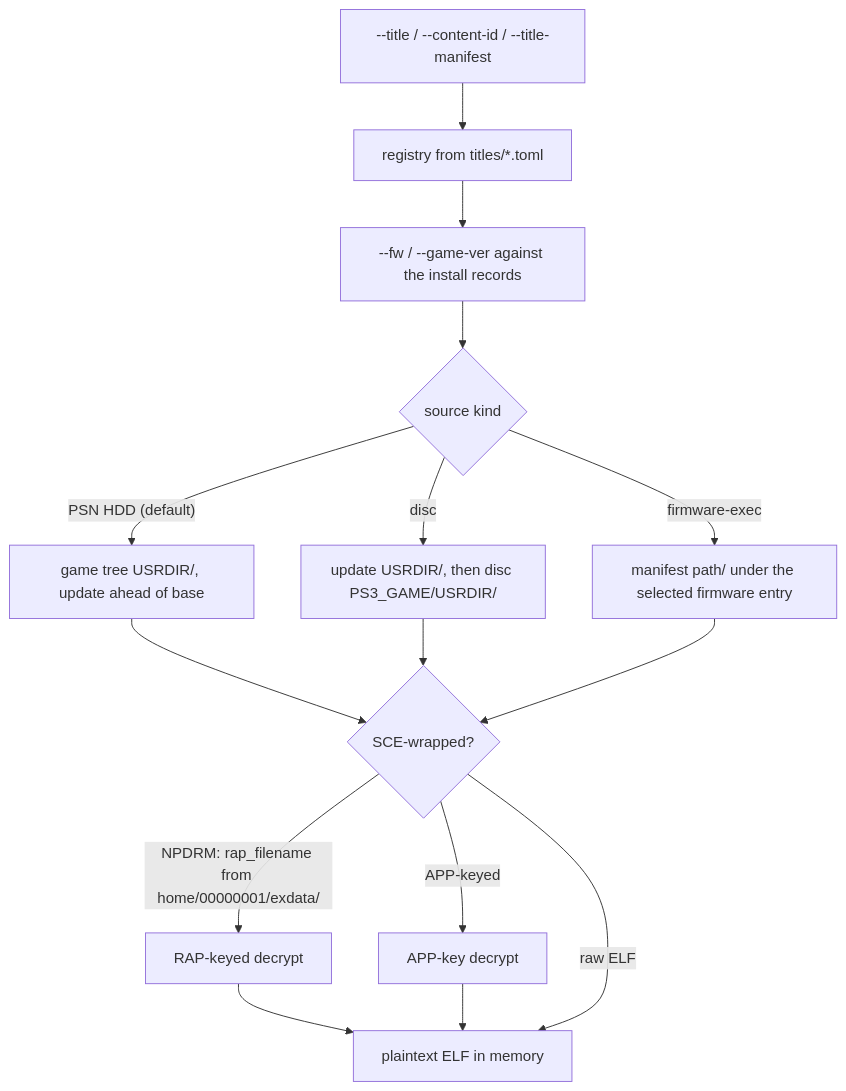
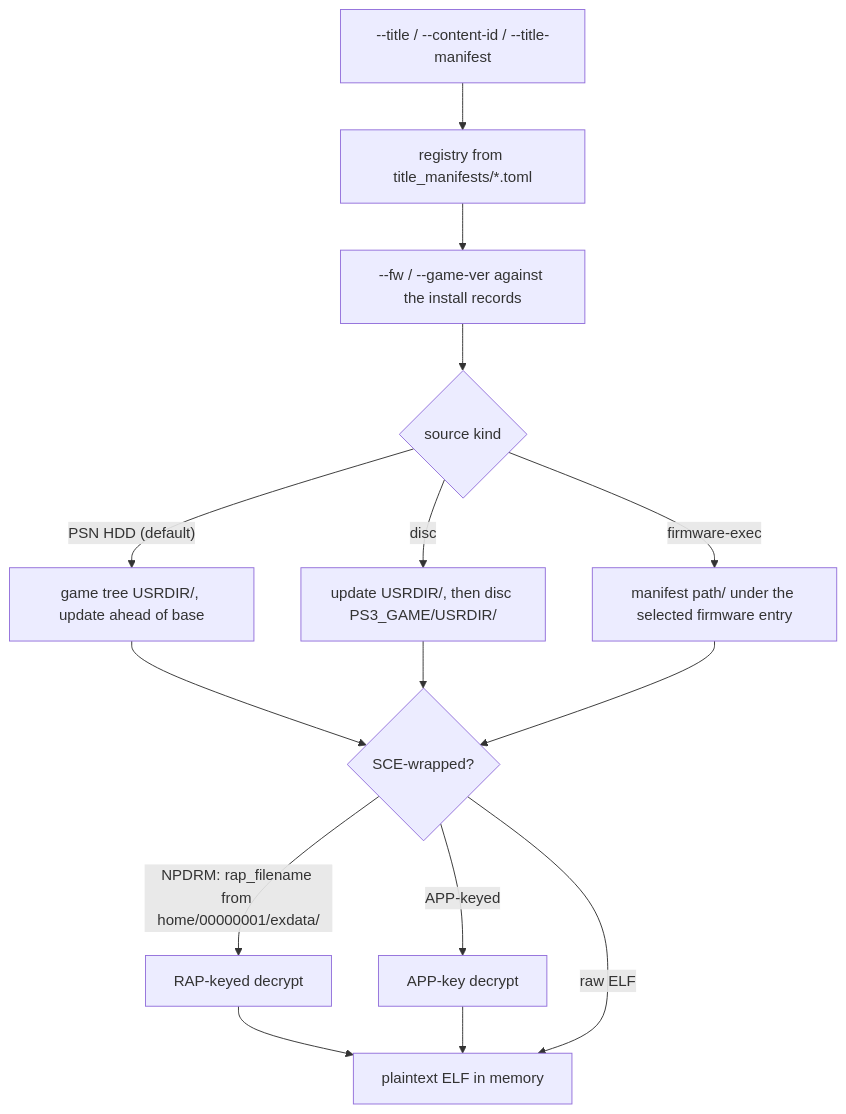
One commit to RoyalAce22/CellGov changed the second of 2 diagrams in docs/architecture/title_harness.md. Above: the diagram before and after it, drawn with Mermaid. The commit also changed other lines of this file and 35 other files, not shown here.

Commit message:
refactor(cli): name the manifest registry title_manifests, apart from the store's titles

````diff
--- a/docs/architecture/title_harness.md
+++ b/docs/architecture/title_harness.md
@@ -264,15 +264,15 @@
 ```mermaid
 flowchart TD
-  sel["--title / --content-id / --title-manifest"] --> reg["registry from titles/*.toml"]
+  sel["--title / --content-id / --title-manifest"] --> reg["registry from title_manifests/*.toml"]
   reg --> ver["--fw / --game-ver against the install records"]
   ver --> kind{"source kind"}
   kind -->|"PSN HDD (default)"| hdd["game tree USRDIR/, update ahead of base"]
   kind -->|disc| bd["update USRDIR/, then disc PS3_GAME/USRDIR/"]
   kind -->|firmware-exec| vsh["manifest path/ under the selected firmware entry"]
   hdd --> sce{"SCE-wrapped?"}
   bd --> sce
   vsh --> sce
   sce -->|"NPDRM: rap_filename from home/00000001/exdata/"| rap["RAP-keyed decrypt"] --> elf
   sce -->|APP-keyed| app["APP-key decrypt"] --> elf["plaintext ELF in memory"]
   sce -->|raw ELF| elf
 ```
````
